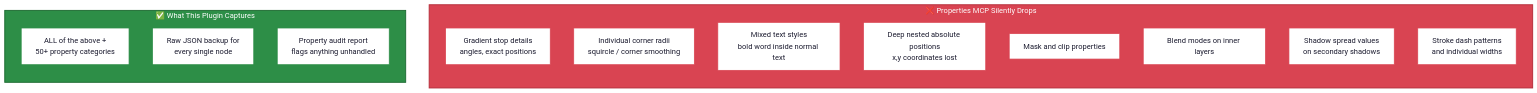
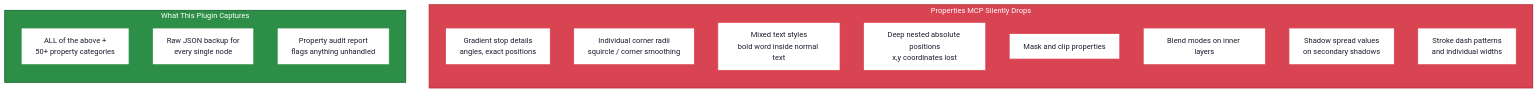
Before and after one commit to bazingga08/figma-to-code: the tenth of 10 diagrams in README.md, drawn with Mermaid (forest theme). The commit also changed other lines of this file, not shown here.

First line of the commit message:
fix: remove emojis from Mermaid diagrams to fix GitHub 500 error

````diff
--- a/README.md
+++ b/README.md
@@ -429,35 +429,35 @@
 ```mermaid
 flowchart TD
-    subgraph LOST ["❌ Properties MCP Silently Drops"]
+    subgraph LOST [Properties MCP Silently Drops]
         direction TB
-        L1["Gradient stop details\nangles, exact positions"]
-        L2["Individual corner radii\nsquircle / corner smoothing"]
-        L3["Mixed text styles\nbold word inside normal text"]
-        L4["Deep nested absolute positions\nx,y coordinates lost"]
-        L5["Mask and clip properties"]
-        L6["Blend modes on inner layers"]
-        L7["Shadow spread values\non secondary shadows"]
-        L8["Stroke dash patterns\nand individual widths"]
+        L1[Gradient stop details<br/>angles, exact positions]
+        L2[Individual corner radii<br/>squircle / corner smoothing]
+        L3[Mixed text styles<br/>bold word inside normal text]
+        L4[Deep nested absolute positions<br/>x,y coordinates lost]
+        L5[Mask and clip properties]
+        L6[Blend modes on inner layers]
+        L7[Shadow spread values<br/>on secondary shadows]
+        L8[Stroke dash patterns<br/>and individual widths]
     end
 
-    subgraph KEPT ["✅ What This Plugin Captures"]
+    subgraph KEPT [What This Plugin Captures]
         direction TB
-        K1["ALL of the above +\n50+ property categories"]
-        K2["Raw JSON backup for\nevery single node"]
-        K3["Property audit report\nflags anything unhandled"]
+        K1[ALL of the above +<br/>50+ property categories]
+        K2[Raw JSON backup for<br/>every single node]
+        K3[Property audit report<br/>flags anything unhandled]
     end
 
     style LOST fill:#D94452,color:#ffffff,stroke:#b52d3a,stroke-width:2px
     style KEPT fill:#2D8E47,color:#ffffff,stroke:#1e6b33,stroke-width:2px
     style L1 fill:#ffffff,color:#1a1a2e,stroke:#D94452,stroke-width:1.5px
     style L2 fill:#ffffff,color:#1a1a2e,stroke:#D94452,stroke-width:1.5px
     style L3 fill:#ffffff,color:#1a1a2e,stroke:#D94452,stroke-width:1.5px
     style L4 fill:#ffffff,color:#1a1a2e,stroke:#D94452,stroke-width:1.5px
     style L5 fill:#ffffff,color:#1a1a2e,stroke:#D94452,stroke-width:1.5px
     style L6 fill:#ffffff,color:#1a1a2e,stroke:#D94452,stroke-width:1.5px
     style L7 fill:#ffffff,color:#1a1a2e,stroke:#D94452,stroke-width:1.5px
     style L8 fill:#ffffff,color:#1a1a2e,stroke:#D94452,stroke-width:1.5px
     style K1 fill:#ffffff,color:#1a1a2e,stroke:#2D8E47,stroke-width:1.5px
     style K2 fill:#ffffff,color:#1a1a2e,stroke:#2D8E47,stroke-width:1.5px
     style K3 fill:#ffffff,color:#1a1a2e,stroke:#2D8E47,stroke-width:1.5px
 ```
````
